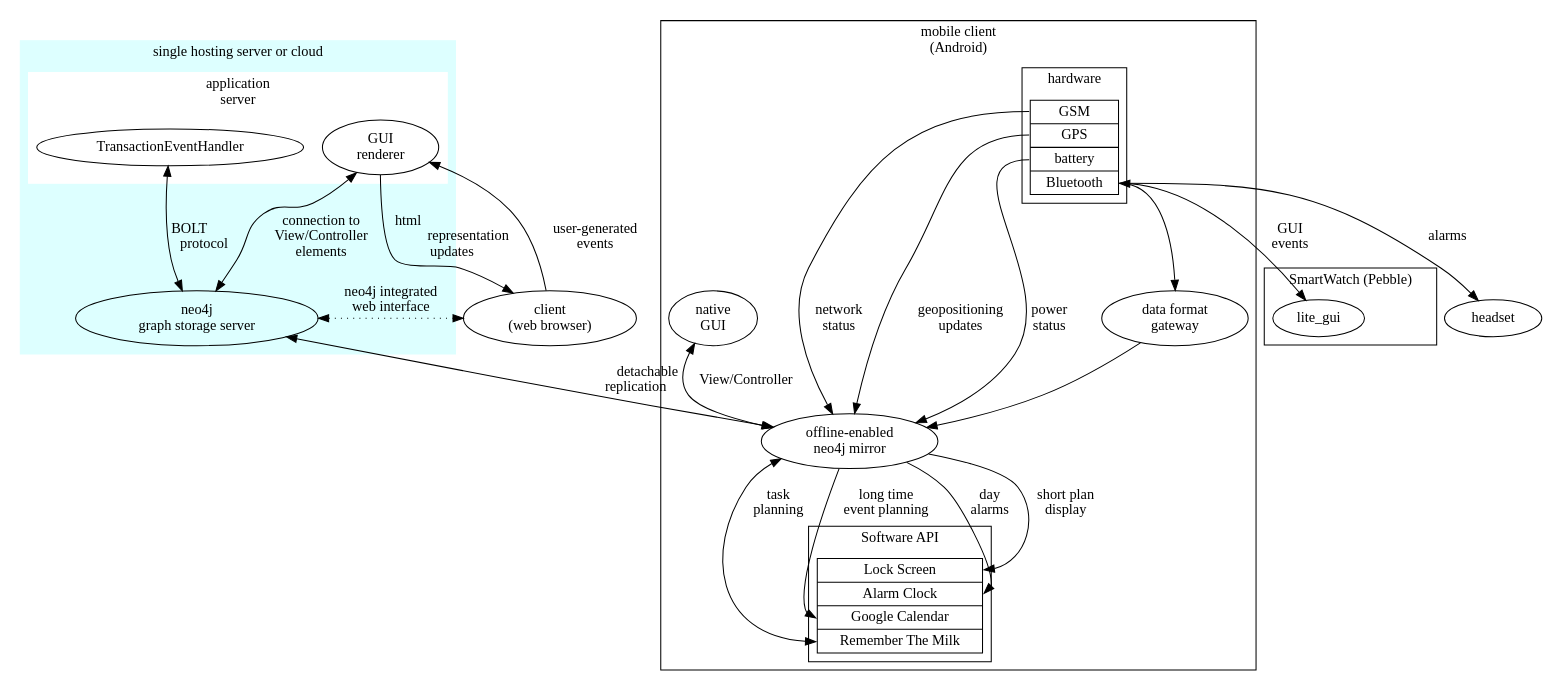
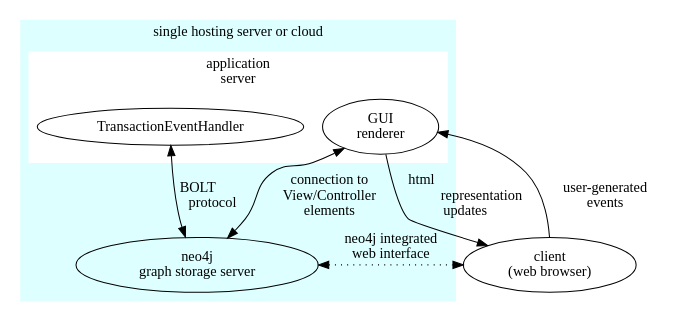
Before and after one commit to ponyatov/HGE: the diagram in doc/architecture.dot, drawn with Graphviz. The commit also changed 4 other files, not shown here.

```diff
--- a/doc/architecture.dot
+++ b/doc/architecture.dot
@@ -1,66 +1,26 @@
 digraph architecture {
 
 subgraph cluster_hosting {
 label = "single hosting server or cloud";
 color="#DDFFFF"; style=filled;
 //node [style=filled;color=white];
 
 	subgraph cluster_app {
 		style=filled; color=white;
 		label="application\nserver";
 		rankdir=TD;
 		GUI_renderer [label="GUI\nrenderer"];
 		TransactionEventHandler;
 };
 
 neo4j -> GUI_renderer [dir=both,label="connection to\nView/Controller\nelements"];
 neo4j [label="neo4j\ngraph storage server",fillcolor=white];
 TransactionEventHandler -> neo4j [dir=both,label=" BOLT\l protocol"];
 }
 
 client [label="client\n(web browser)"];
 client -> GUI_renderer [label=" user-generated\n events"];
 GUI_renderer -> client [label=" html\l representation\rupdates"]; 
 neo4j -> client [style=dotted,dir=both,label=" neo4j integrated\nweb interface"];
 
-
-subgraph cluster_mobile {label="mobile client\n(Android)"
-offline [label="offline-enabled\nneo4j mirror"];
-native_GUI [label="native\nGUI"];
-native_GUI -> offline [dir=both,label="View/Controller"];
-
-subgraph cluster_api {
-	label="Software API";
-	node[shape=record];
-	api [label="{<lock> Lock Screen|<alarm> Alarm Clock|<cal> Google Calendar|<rtm> Remember The Milk}"];
-//	api:rtm -> api:lock [label="active\ntasks"];
 }
-	offline -> api:rtm [dir=both,label="task\nplanning"];
-	offline -> api:cal [label="long time\nevent planning"];
-	offline -> api:alarm [label="day\nalarms"];
-	offline -> api:lock [label="short plan\ndisplay"];
-
-subgraph cluster_hw {
-    node [shape=record];
-    label = "hardware"
-    hw [label="{<gsm> GSM|<gps> GPS|<bat> battery|<bt> Bluetooth}"];
-    }
-    hw:gsm -> offline [label="network\nstatus"];
-    hw:gps -> offline [label="geopositioning\nupdates"];
-    hw:bat -> offline [label="power\nstatus"];
-hw:bt -> gateway -> offline;
-gateway [label="data format\ngateway"];
-
-};
-neo4j -> offline [dir=both,label=" detachable\r replication"];
-
-hw:bt->lite_gui [dir=both,label="GUI\nevents"];
-hw:bt->headset [label="alarms"];
-
-subgraph cluster_watch {
-label="SmartWatch (Pebble)";
-lite_gui;
-
-}
-
-}
```
